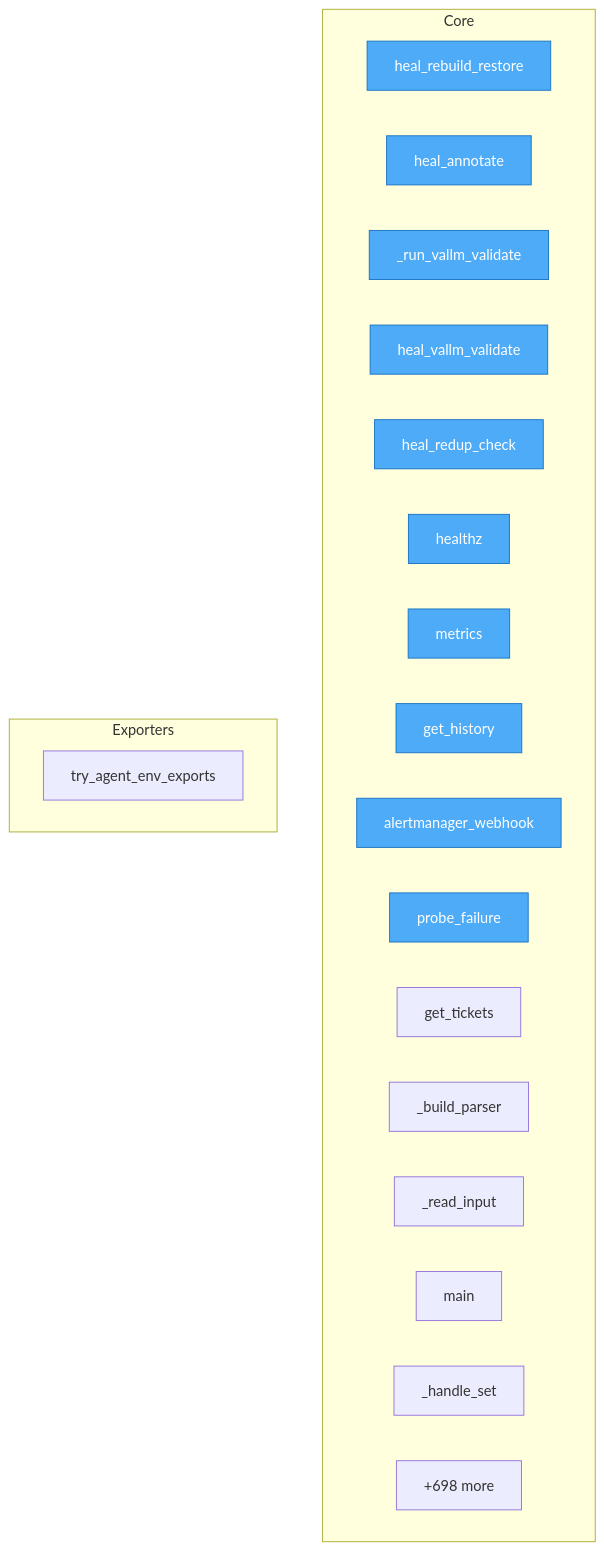
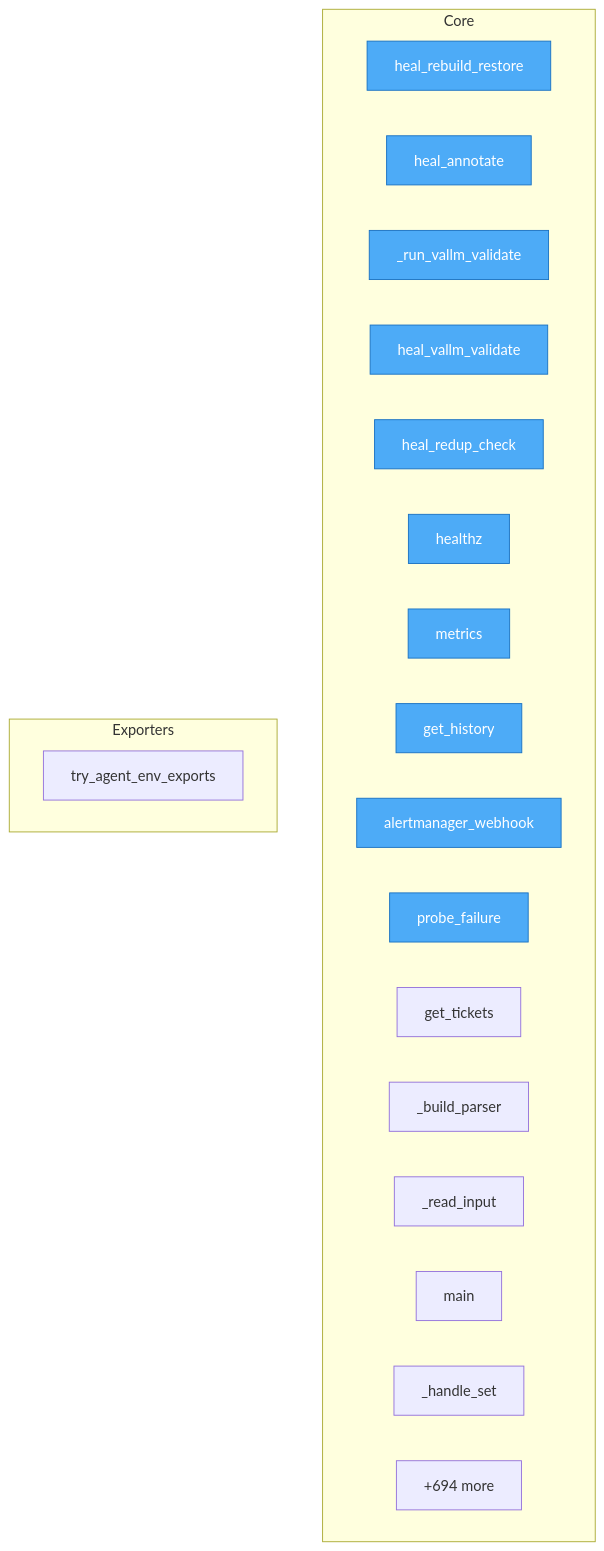
The diagram in project/flow.mmd (semcod/koru), drawn with Mermaid before and after one commit. The commit also changed 33 other files, not shown here.

```diff
--- a/project/flow.mmd
+++ b/project/flow.mmd
@@ -1,30 +1,30 @@
 flowchart TD
 %% generated in 0.07s
 
     %% Entry points (blue)
     classDef entry fill:#4dabf7,stroke:#1971c2,color:#fff
 
     subgraph Core
         services__healing_webhook__app__heal_rebuild_restore["heal_rebuild_restore"]
         services__healing_webhook__app__heal_annotate["heal_annotate"]
         services__healing_webhook__app___run_vallm_validate["_run_vallm_validate"]
         services__healing_webhook__app__heal_vallm_validate["heal_vallm_validate"]
         services__healing_webhook__app__heal_redup_check["heal_redup_check"]
         services__healing_webhook__app__healthz["healthz"]
         services__healing_webhook__app__metrics["metrics"]
         services__healing_webhook__app__get_history["get_history"]
         services__healing_webhook__app__alertmanager_webhook["alertmanager_webhook"]
         services__healing_webhook__app__probe_failure["probe_failure"]
         services__healing_webhook__app__get_tickets["get_tickets"]
         src__korudsl__cli___build_parser["_build_parser"]
         src__korudsl__cli___read_input["_read_input"]
         src__korudsl__cli__main["main"]
         src__korudsl__library___handle_set["_handle_set"]
-        ...["+698 more"]
+        ...["+694 more"]
     end
 
     subgraph Exporters
         src__koru__agent_cli_helpers__try_agent_env_exports["try_agent_env_exports"]
     end
 
     class services__healing_webhook__app__heal_rebuild_restore,services__healing_webhook__app__heal_annotate,services__healing_webhook__app___run_vallm_validate,services__healing_webhook__app__heal_vallm_validate,services__healing_webhook__app__heal_redup_check,services__healing_webhook__app__healthz,services__healing_webhook__app__metrics,services__healing_webhook__app__get_history,services__healing_webhook__app__alertmanager_webhook,services__healing_webhook__app__probe_failure entry
```
